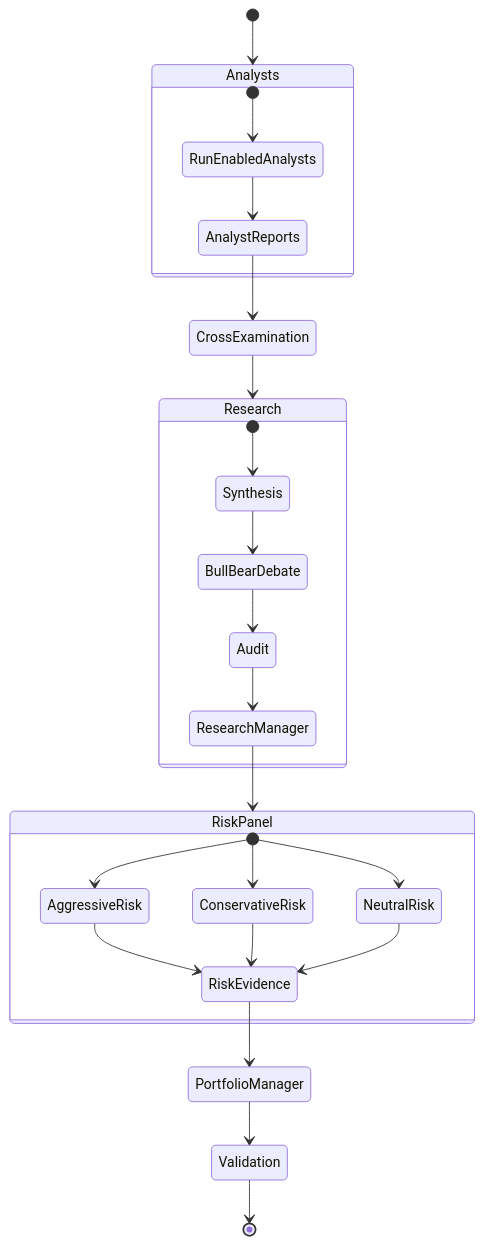
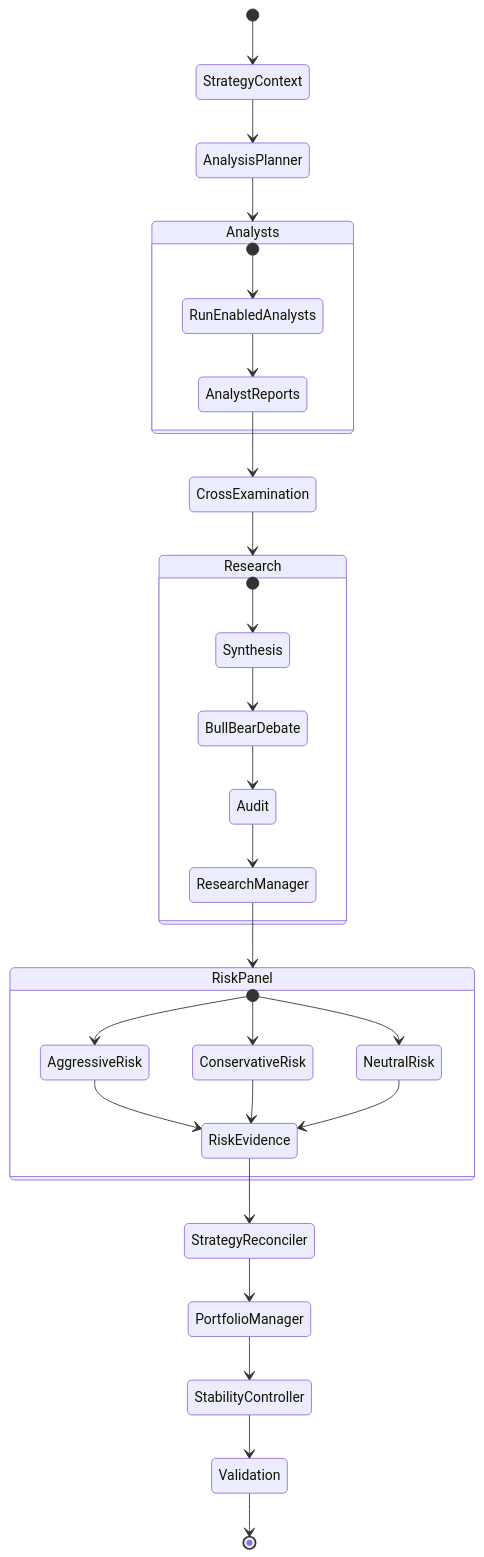
Before and after one commit to JustSadY/TradingAgents: the diagram in docs/architecture/multi_agent_system.md, drawn with Mermaid. The commit also changed other lines of this file and 73 other files, not shown here.

````diff
--- a/docs/architecture/multi_agent_system.md
+++ b/docs/architecture/multi_agent_system.md
@@ -9,34 +9,38 @@
 ```mermaid
 stateDiagram-v2
-    [*] --> Analysts
+    [*] --> StrategyContext
+    StrategyContext --> AnalysisPlanner
+    AnalysisPlanner --> Analysts
 
     state Analysts {
         [*] --> RunEnabledAnalysts
         RunEnabledAnalysts --> AnalystReports
     }
 
     AnalystReports --> CrossExamination
     CrossExamination --> Research
 
     state Research {
         [*] --> Synthesis
         Synthesis --> BullBearDebate
         BullBearDebate --> Audit
         Audit --> ResearchManager
     }
 
     ResearchManager --> RiskPanel
 
     state RiskPanel {
         [*] --> AggressiveRisk
         [*] --> ConservativeRisk
         [*] --> NeutralRisk
         AggressiveRisk --> RiskEvidence
         ConservativeRisk --> RiskEvidence
         NeutralRisk --> RiskEvidence
     }
 
-    RiskEvidence --> PortfolioManager
-    PortfolioManager --> Validation
+    RiskEvidence --> StrategyReconciler
+    StrategyReconciler --> PortfolioManager
+    PortfolioManager --> StabilityController
+    StabilityController --> Validation
     Validation --> [*]
 ```
````
